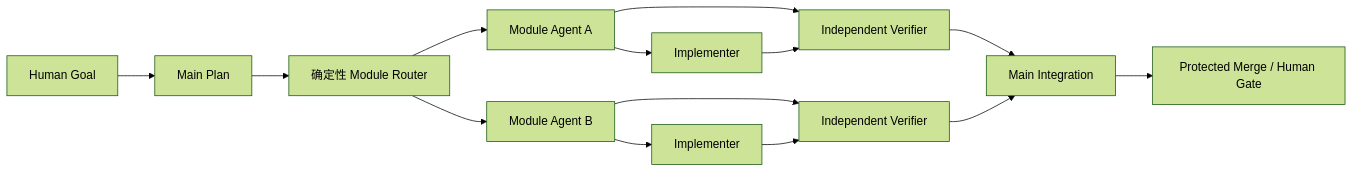
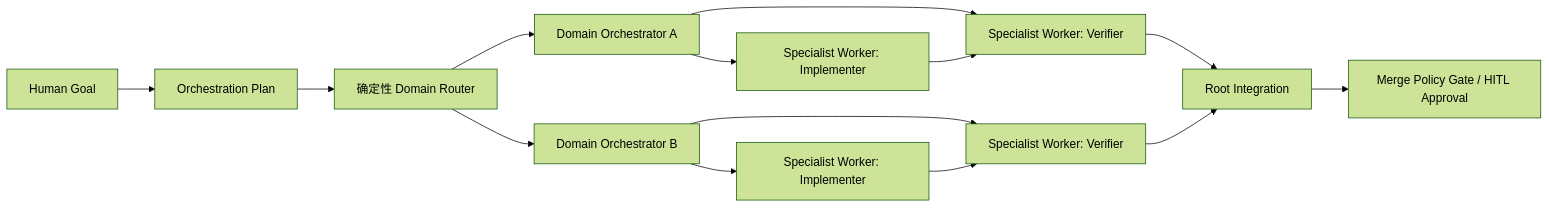
Before and after one commit to boardx/workspacex: the third of 4 diagrams in docs/proposals/PROP-HARNESS-AGENT-001.md, drawn with Mermaid (forest theme). The commit also changed other lines of this file and 1 other file, not shown here.

Commit message:
docs(harness): standardize orchestration and graph terms (#658)

````diff
--- a/docs/proposals/PROP-HARNESS-AGENT-001.md
+++ b/docs/proposals/PROP-HARNESS-AGENT-001.md
@@ -411,16 +536,16 @@
 ```mermaid
 flowchart LR
-    H["Human Goal"] --> P["Main Plan"]
-    P --> R["确定性 Module Router"]
-    R --> M1["Module Agent A"]
-    R --> M2["Module Agent B"]
-    M1 --> W1["Implementer"]
-    M1 --> V1["Independent Verifier"]
+    H["Human Goal"] --> P["Orchestration Plan"]
+    P --> R["确定性 Domain Router"]
+    R --> M1["Domain Orchestrator A"]
+    R --> M2["Domain Orchestrator B"]
+    M1 --> W1["Specialist Worker: Implementer"]
+    M1 --> V1["Specialist Worker: Verifier"]
     W1 --> V1
-    M2 --> W2["Implementer"]
-    M2 --> V2["Independent Verifier"]
+    M2 --> W2["Specialist Worker: Implementer"]
+    M2 --> V2["Specialist Worker: Verifier"]
     W2 --> V2
-    V1 --> I["Main Integration"]
+    V1 --> I["Root Integration"]
     V2 --> I
-    I --> G["Protected Merge / Human Gate"]
+    I --> G["Merge Policy Gate / HITL Approval"]
 ```
````
